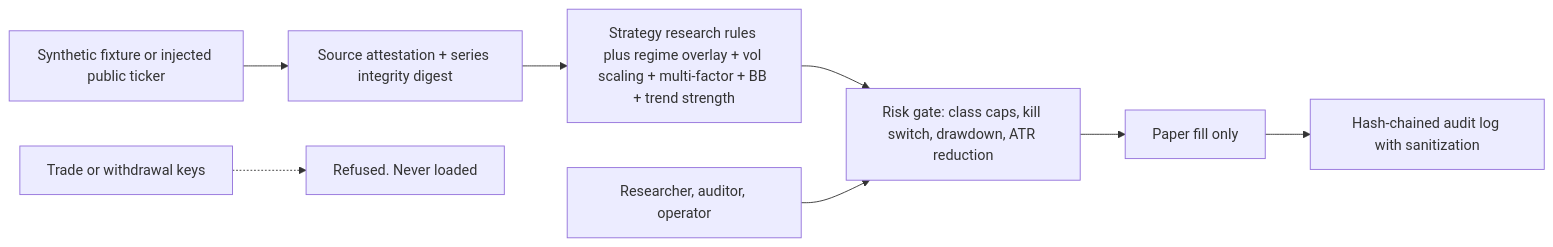
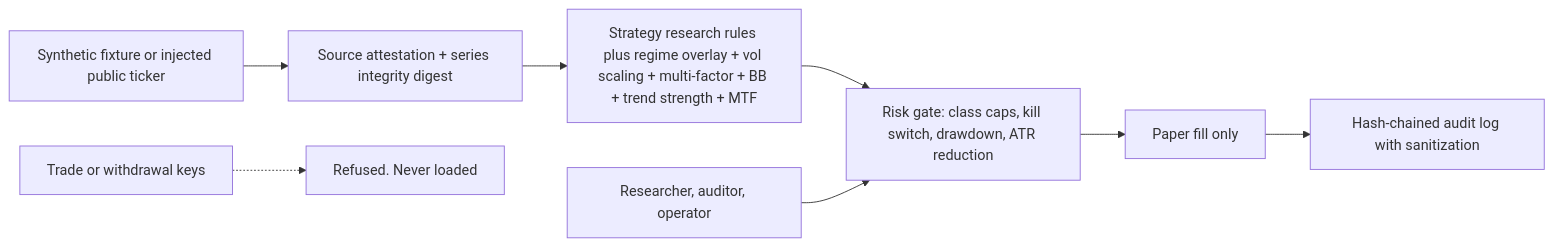
The diagram in docs/security-architecture.md (kkzee92/aixtech-crypto-intel), drawn with Mermaid before and after one commit. The commit also changed other lines of this file and 1 other file, not shown here.

Commit message:
Update strategy and security docs for v0.11 MTF and cyber enhancements

````diff
--- a/docs/security-architecture.md
+++ b/docs/security-architecture.md
@@ -10,10 +10,10 @@
 ```mermaid
 flowchart LR
     F["Synthetic fixture or injected public ticker"] --> AT["Source attestation + series integrity digest"]
-    AT --> S["Strategy research rules plus regime overlay + vol scaling + multi-factor + BB + trend strength"]
+    AT --> S["Strategy research rules plus regime overlay + vol scaling + multi-factor + BB + trend strength + MTF"]
     S --> R["Risk gate: class caps, kill switch, drawdown, ATR reduction"]
     R --> P["Paper fill only"]
     P --> A["Hash-chained audit log with sanitization"]
     K["Trade or withdrawal keys"] -.-> X["Refused. Never loaded"]
     RBAC["Researcher, auditor, operator"] --> R
 ```
````
